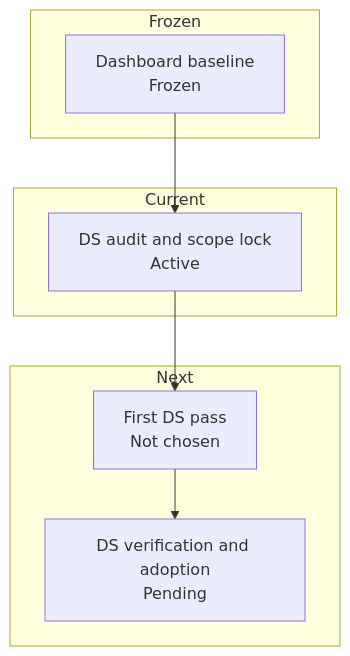
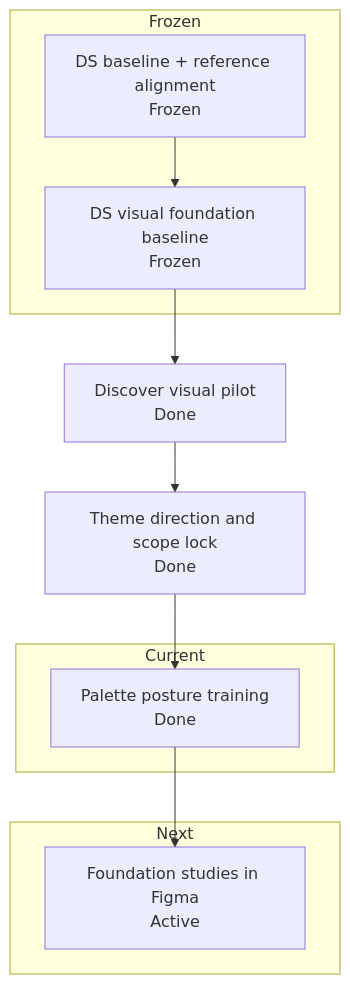
One commit to raingernx/KRUKRAFT changed the diagram in krukraft-ai-contexts/09-todos.md. Above: the diagram before and after it, drawn with Mermaid. The commit also changed other lines of this file and 6 other files, not shown here.

Commit message:
docs: lock theme training and figma foundation-first workflow

````diff
--- a/krukraft-ai-contexts/09-todos.md
+++ b/krukraft-ai-contexts/09-todos.md
@@ -41,17 +47,17 @@
 ```mermaid
 flowchart TB
   subgraph Frozen
-    D1[Dashboard baseline<br/>Frozen]
+    D1[DS baseline + reference alignment<br/>Frozen]
+    D2[DS visual foundation baseline<br/>Frozen]
   end
 
   subgraph Current
-    P1[DS audit and scope lock<br/>Active]
+    T2[Palette posture training<br/>Done]
   end
 
   subgraph Next
-    P2[First DS pass<br/>Not chosen]
-    P3[DS verification and adoption<br/>Pending]
+    T3[Foundation studies in Figma<br/>Active]
   end
 
-  D1 --> P1 --> P2 --> P3
+  D1 --> D2 --> P1[Discover visual pilot<br/>Done] --> T1[Theme direction and scope lock<br/>Done] --> T2 --> T3
 ```
````
